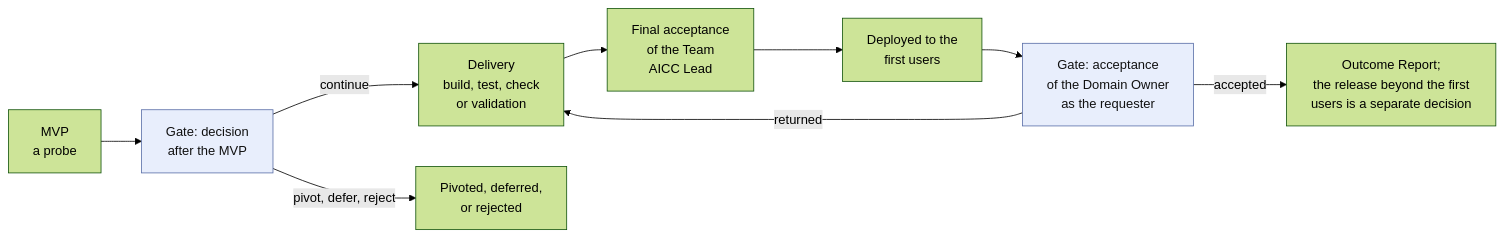
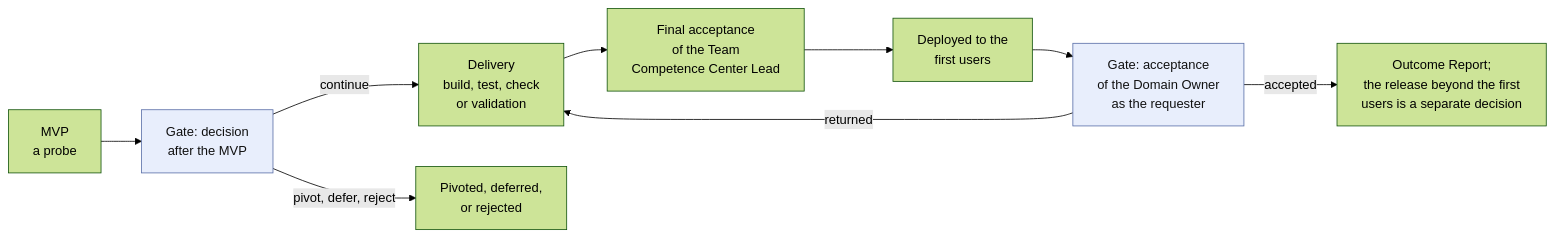
The second of 3 diagrams in charter/en/workflows/engagement.md (devhogu/ob-aicc), drawn with Mermaid (forest theme) before and after one commit. The commit also changed other lines of this file and 1149 other files, not shown here.

First line of the commit message:
The name Competence Center: AICC stays only as a code (DR-2026-066)

````diff
--- a/charter/en/workflows/engagement.md
+++ b/charter/en/workflows/engagement.md
@@ -32,13 +32,13 @@
 ```mermaid
 flowchart LR
   MV["MVP<br/>a probe"] --> DM["Gate: decision<br/>after the MVP"]
   DM -->|"continue"| DL["Delivery<br/>build, test, check<br/>or validation"]
   DM -->|"pivot, defer, reject"| DR["Pivoted, deferred,<br/>or rejected"]
-  DL --> TF["Final acceptance<br/>of the Team<br/>AICC Lead"]
+  DL --> TF["Final acceptance<br/>of the Team<br/>Competence Center Lead"]
   TF --> FU["Deployed to the<br/>first users"]
   FU --> BA["Gate: acceptance<br/>of the Domain Owner<br/>as the requester"]
   BA -->|"returned"| DL
   BA -->|"accepted"| OR["Outcome Report;<br/>the release beyond the first<br/>users is a separate decision"]
   classDef gate fill:#e8eefc,stroke:#5a6fa8,color:#111
   class DM,BA gate
 ```
````
